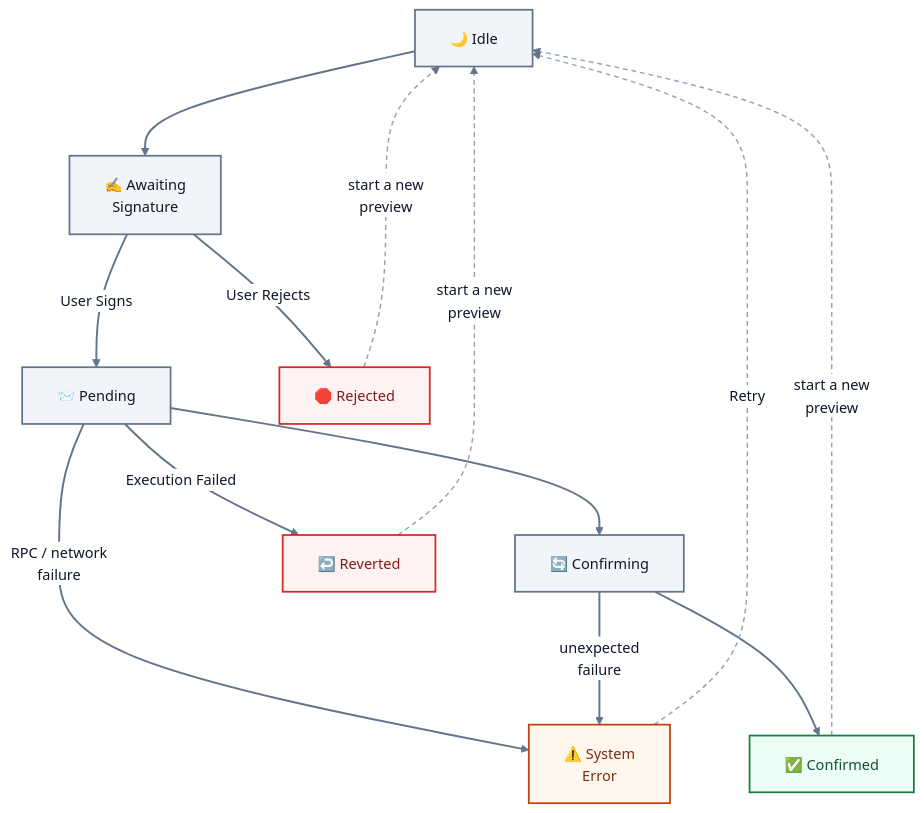
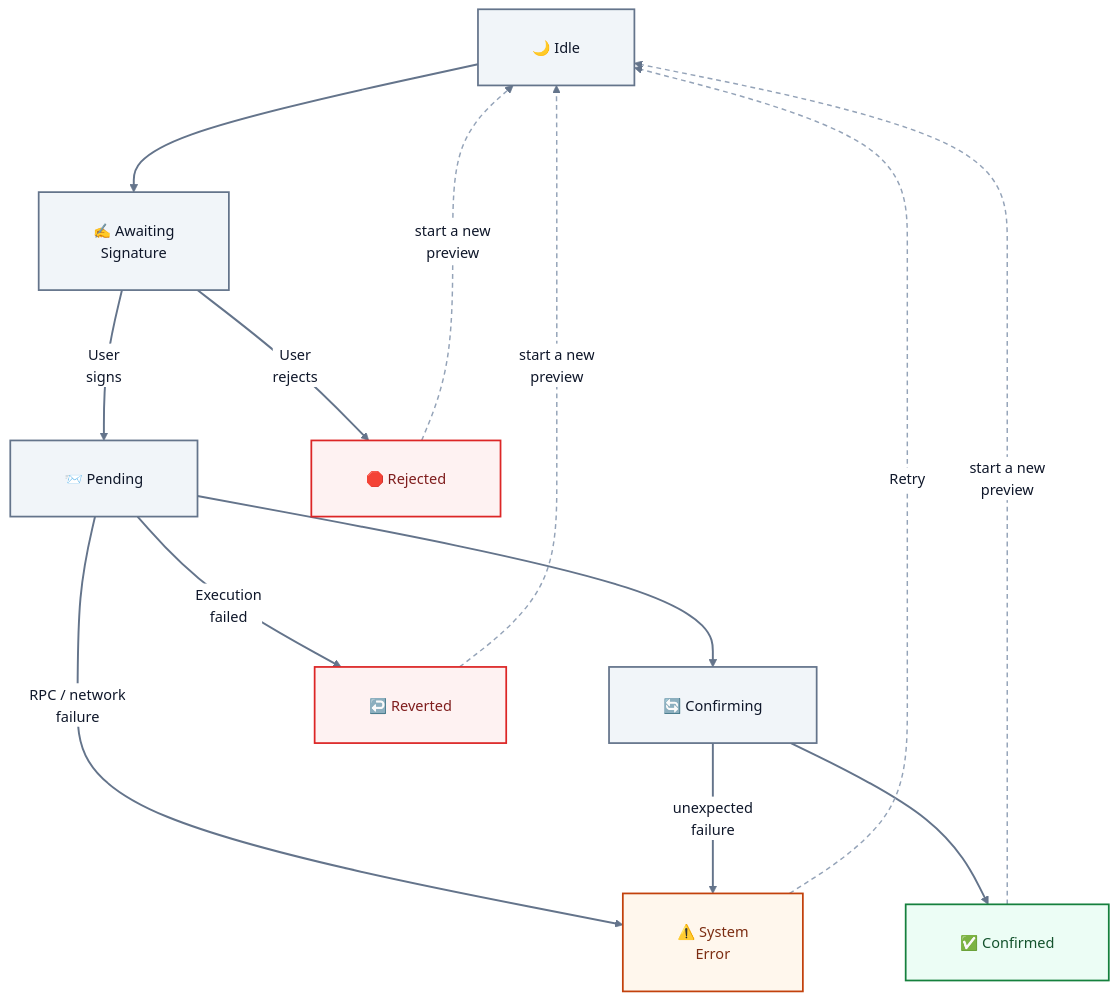
Before and after one commit to sunshineluyao/Moss-Mcp-Transaction: the third of 8 diagrams in README.md, drawn with Mermaid. The commit also changed other lines of this file, not shown here.

Commit message:
Improve readability across all Mermaid diagrams

````diff
--- a/README.md
+++ b/README.md
@@ -333,30 +333,30 @@
 ```mermaid
-%%{init: {'theme':'base','flowchart': {'htmlLabels': true, 'nodeSpacing': 72, 'rankSpacing': 92, 'curve': 'basis', 'padding': 18},'themeVariables': {'fontFamily':'Inter, Segoe UI, sans-serif','fontSize':'15px','primaryTextColor':'#0f172a','lineColor':'#64748b','clusterBkg':'#f8fafc','clusterBorder':'#cbd5e1','edgeLabelBackground':'#ffffff','primaryBorderColor':'#2563eb','primaryColor':'#eff6ff'}}}%%
+%%{init: {'theme':'base','flowchart': {'htmlLabels': true, 'nodeSpacing': 96, 'rankSpacing': 110, 'curve': 'basis', 'padding': 28, 'diagramPadding': 24, 'wrappingWidth': 260},'themeVariables': {'fontFamily':'Inter, Segoe UI, sans-serif','fontSize':'15px','primaryTextColor':'#0f172a','lineColor':'#64748b','clusterBkg':'#f8fafc','clusterBorder':'#cbd5e1','edgeLabelBackground':'#ffffff','primaryBorderColor':'#2563eb','primaryColor':'#eff6ff'}}}%%
 flowchart TB
   Idle["🌙 Idle"] --> Awaiting["✍️ Awaiting<br/>Signature"]
-  Awaiting -->|User Signs| Pending["📨 Pending"]
-  Awaiting -->|User Rejects| Rejected["🛑 Rejected"]
+  Awaiting -->|User<br/>signs| Pending["📨 Pending"]
+  Awaiting -->|User<br/>rejects| Rejected["🛑 Rejected"]
 
   Pending --> Confirming["🔄 Confirming"]
   Confirming --> Confirmed["✅ Confirmed"]
-  Pending -->|Execution Failed| Reverted["↩️ Reverted"]
+  Pending -->|Execution<br/>failed| Reverted["↩️ Reverted"]
   Pending -->|RPC / network<br/>failure| SystemError["⚠️ System<br/>Error"]
   Confirming -->|unexpected<br/>failure| SystemError
 
   Rejected -.->|start a new<br/>preview| Idle
   Reverted -.->|start a new<br/>preview| Idle
   SystemError -.->|Retry| Idle
   Confirmed -.->|start a new<br/>preview| Idle
 
   classDef neutral fill:#f1f5f9,stroke:#64748b,stroke-width:1.8px,color:#0f172a;
   classDef success fill:#ecfdf5,stroke:#15803d,stroke-width:1.8px,color:#14532d;
   classDef danger fill:#fef2f2,stroke:#dc2626,stroke-width:1.8px,color:#7f1d1d;
   classDef warn fill:#fff7ed,stroke:#c2410c,stroke-width:1.8px,color:#7c2d12;
 
   class Idle,Awaiting,Pending,Confirming neutral;
   class Confirmed success;
   class Rejected,Reverted danger;
   class SystemError warn;
   linkStyle 8,9,10,11 stroke:#94a3b8,stroke-width:1.5px,stroke-dasharray:5 4;
   linkStyle default stroke:#64748b,stroke-width:2px;
 ```
````
